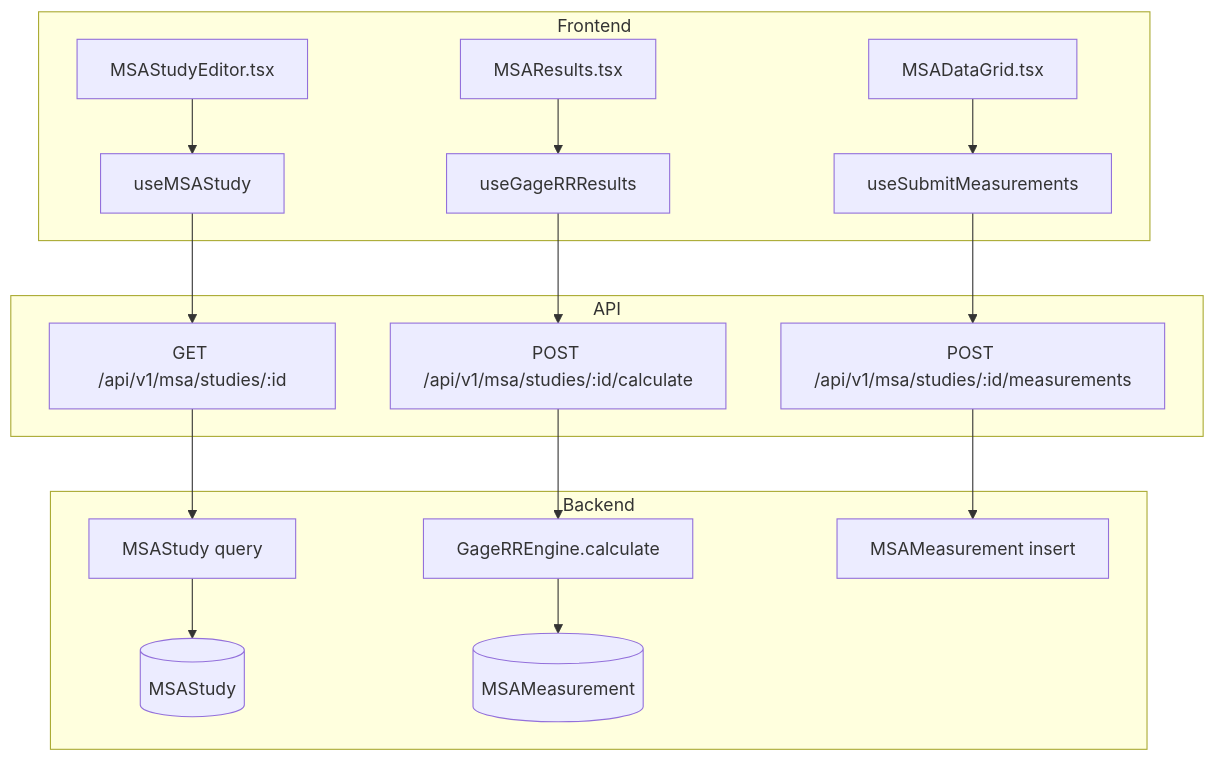
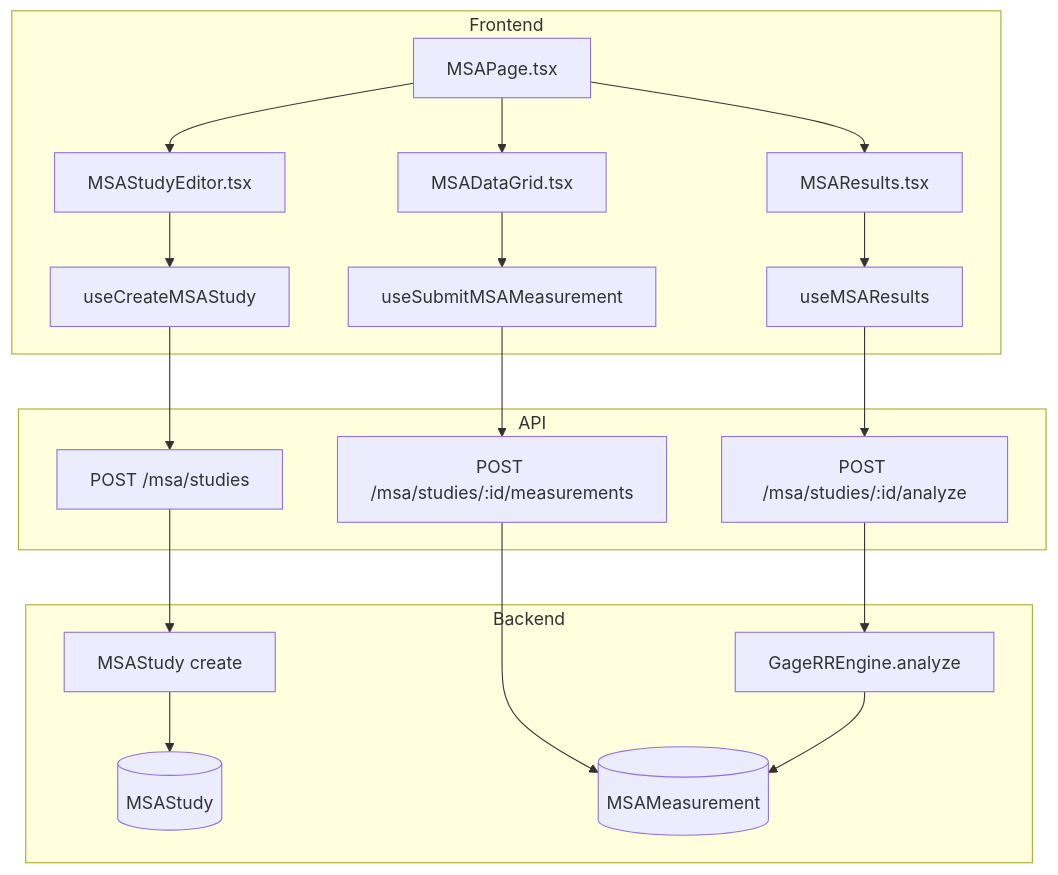
The first of 2 diagrams in .knowledge/features/msa.md (saturnis-io/cassini), drawn with Mermaid before and after one commit. The commit also changed other lines of this file and 16 other files, not shown here.

First line of the commit message:
knowledge-graph: regenerate

````diff
--- a/.knowledge/features/msa.md
+++ b/.knowledge/features/msa.md
@@ -5,20 +5,21 @@
 ```mermaid
 flowchart TD
     subgraph Frontend
-        C1[MSAStudyEditor.tsx] --> H1[useMSAStudy]
-        C2[MSAResults.tsx] --> H2[useGageRRResults]
-        C3[MSADataGrid.tsx] --> H3[useSubmitMeasurements]
+        C1[MSAStudyEditor.tsx] --> H1[useCreateMSAStudy]
+        C2[MSADataGrid.tsx] --> H2[useSubmitMSAMeasurement]
+        C3[MSAResults.tsx] --> H3[useMSAResults]
+        C4[MSAPage.tsx] --> C1 & C2 & C3
     end
     subgraph API
-        H1 --> E1[GET /api/v1/msa/studies/:id]
-        H2 --> E2[POST /api/v1/msa/studies/:id/calculate]
-        H3 --> E3[POST /api/v1/msa/studies/:id/measurements]
+        H1 --> E1[POST /msa/studies]
+        H2 --> E2[POST /msa/studies/:id/measurements]
+        H3 --> E3[POST /msa/studies/:id/analyze]
     end
     subgraph Backend
-        E1 --> R1[MSAStudy query]
+        E1 --> R1[MSAStudy create]
         R1 --> M1[(MSAStudy)]
-        E2 --> S1[GageRREngine.calculate]
-        S1 --> M2[(MSAMeasurement)]
-        E3 --> R2[MSAMeasurement insert]
+        E2 --> M2[(MSAMeasurement)]
+        E3 --> S1[GageRREngine.analyze]
+        S1 --> M2
     end
 ```
````
